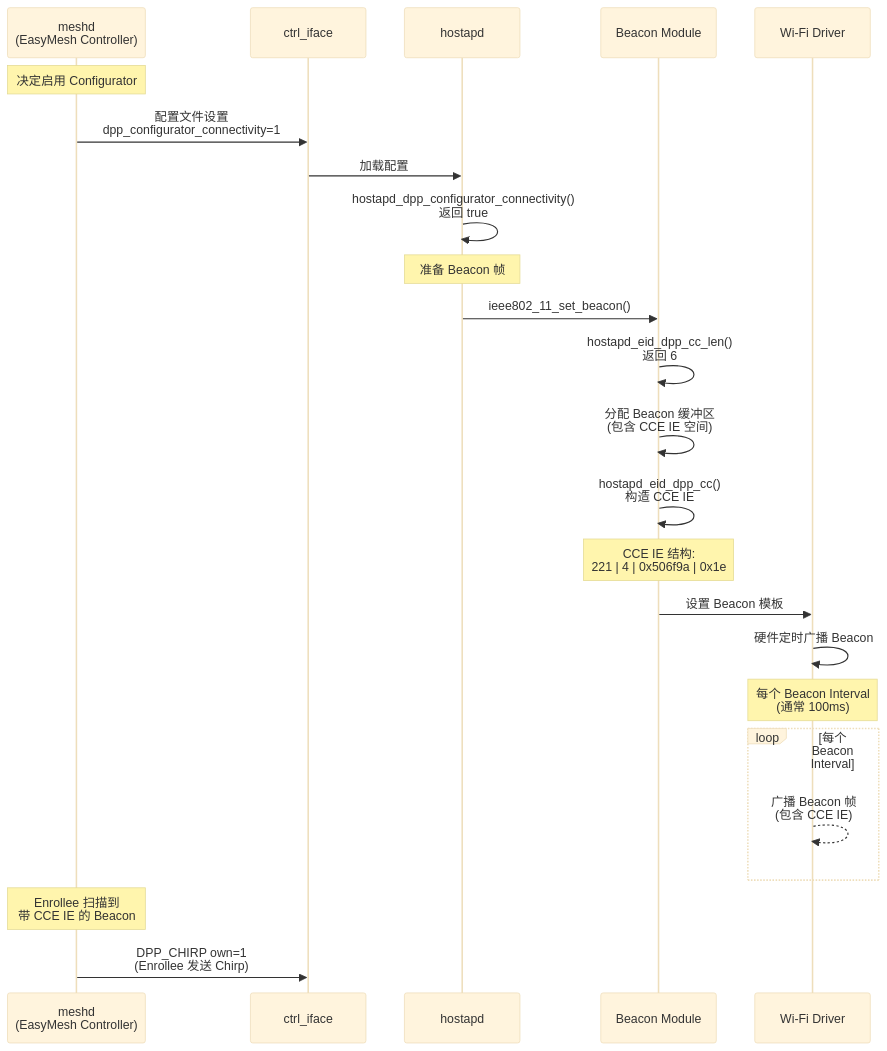
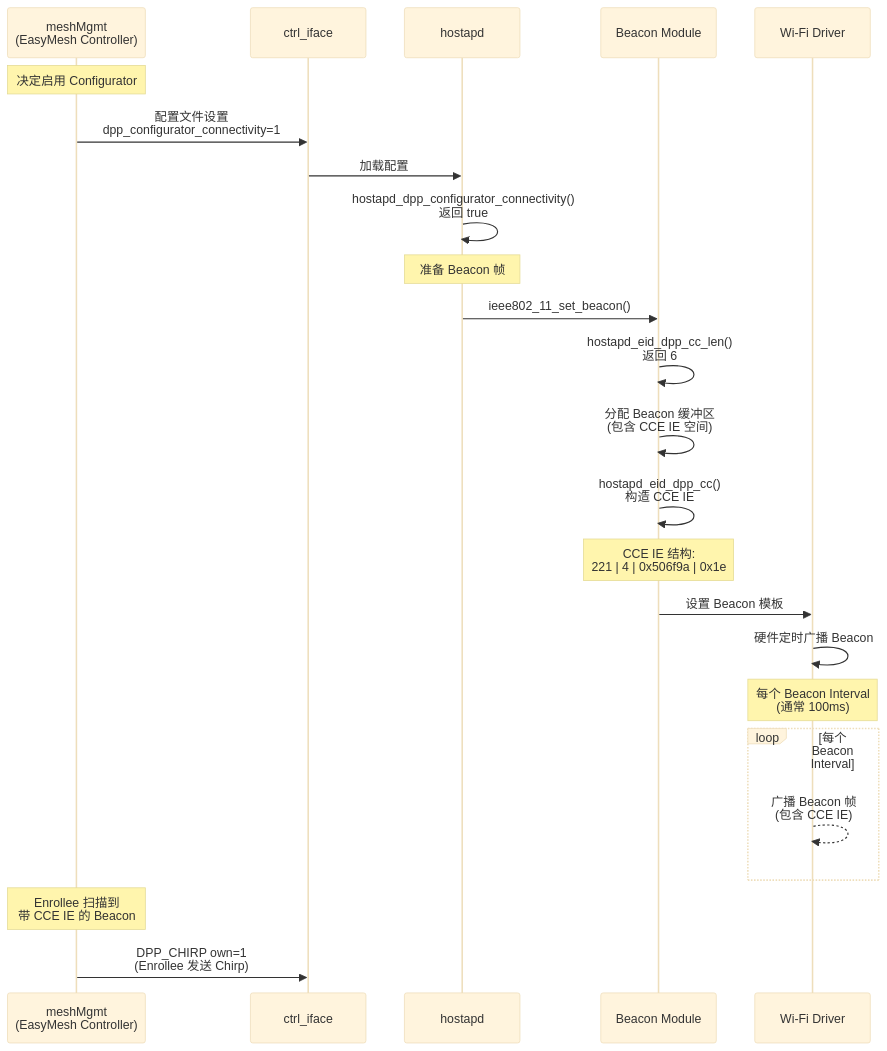
Before and after one commit to bjmoonzzz/blog: the second of 3 diagrams in dpp_new/dpp_CCE_and_Chirp.md, drawn with Mermaid (base theme). The commit also changed other lines of this file, not shown here.

````diff
--- a/dpp_new/dpp_CCE_and_Chirp.md
+++ b/dpp_new/dpp_CCE_and_Chirp.md
@@ -463,36 +463,36 @@
 ```mermaid
 sequenceDiagram
-    participant meshd as meshd<br/>(EasyMesh Controller)
+    participant meshMgmt as meshMgmt<br/>(EasyMesh Controller)
     participant ctrl as ctrl_iface
     participant hostapd as hostapd
     participant beacon as Beacon Module
     participant driver as Wi-Fi Driver
 
-    Note over meshd: 决定启用 Configurator
+    Note over meshMgmt: 决定启用 Configurator
 
-    meshd->>ctrl: 配置文件设置<br/>dpp_configurator_connectivity=1
+    meshMgmt->>ctrl: 配置文件设置<br/>dpp_configurator_connectivity=1
     ctrl->>hostapd: 加载配置
     hostapd->>hostapd: hostapd_dpp_configurator_connectivity()<br/>返回 true
 
     Note over hostapd: 准备 Beacon 帧
 
     hostapd->>beacon: ieee802_11_set_beacon()
     beacon->>beacon: hostapd_eid_dpp_cc_len()<br/>返回 6
     beacon->>beacon: 分配 Beacon 缓冲区<br/>(包含 CCE IE 空间)
     beacon->>beacon: hostapd_eid_dpp_cc()<br/>构造 CCE IE
     
     Note over beacon: CCE IE 结构:<br/>221 | 4 | 0x506f9a | 0x1e
 
     beacon->>driver: 设置 Beacon 模板
     driver->>driver: 硬件定时广播 Beacon
 
     Note over driver: 每个 Beacon Interval<br/>(通常 100ms)
 
     loop 每个 Beacon Interval
         driver-->>driver: 广播 Beacon 帧<br/>(包含 CCE IE)
     end
 
-    Note over meshd: Enrollee 扫描到<br/>带 CCE IE 的 Beacon
+    Note over meshMgmt: Enrollee 扫描到<br/>带 CCE IE 的 Beacon
 
-    meshd->>ctrl: DPP_CHIRP own=1<br/>(Enrollee 发送 Chirp)
+    meshMgmt->>ctrl: DPP_CHIRP own=1<br/>(Enrollee 发送 Chirp)
 ```
````
